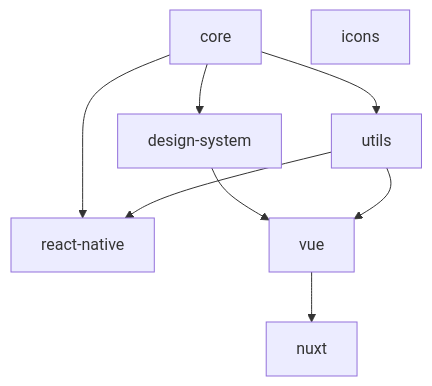
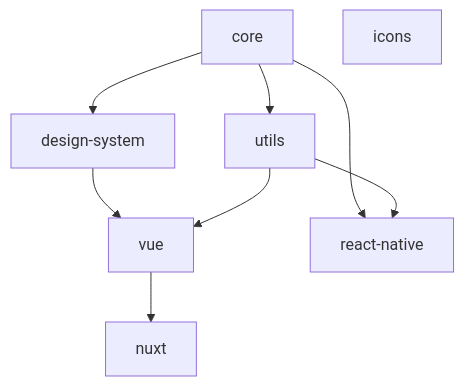
One commit to KlangHaus/grundtone changed the first of 4 diagrams in apps/docs/core/package-architecture.md. Above: the diagram before and after it, drawn with Mermaid. The commit also changed other lines of this file and 4 other files, not shown here.

First line of the commit message:
feat: upgrade diagram plugin to v0.2.4 with preview, theming, and dark mode

````diff
--- a/apps/docs/core/package-architecture.md
+++ b/apps/docs/core/package-architecture.md
@@ -7,18 +7,18 @@
 ```mermaid
 graph TD
     core[core]
+    icons[icons]
     tokens[design-system]
     shared[utils]
-    icons[icons]
-    rn[react-native]
     vue[vue]
     nuxt[nuxt]
+    rn[react-native]
 
     core --> tokens
     core --> shared
     core --> rn
     shared --> rn
     tokens --> vue
     shared --> vue
     vue --> nuxt
 ```
````
